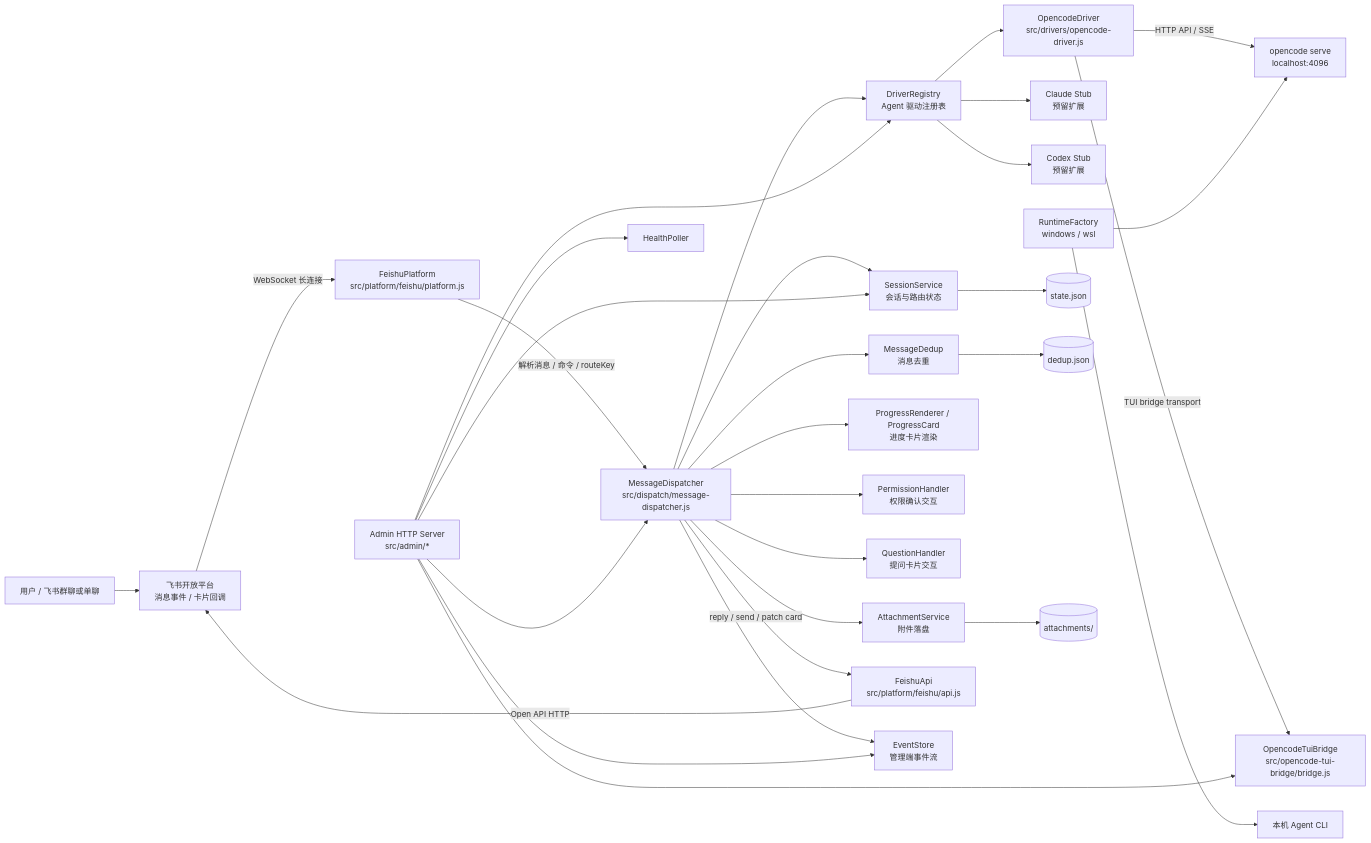
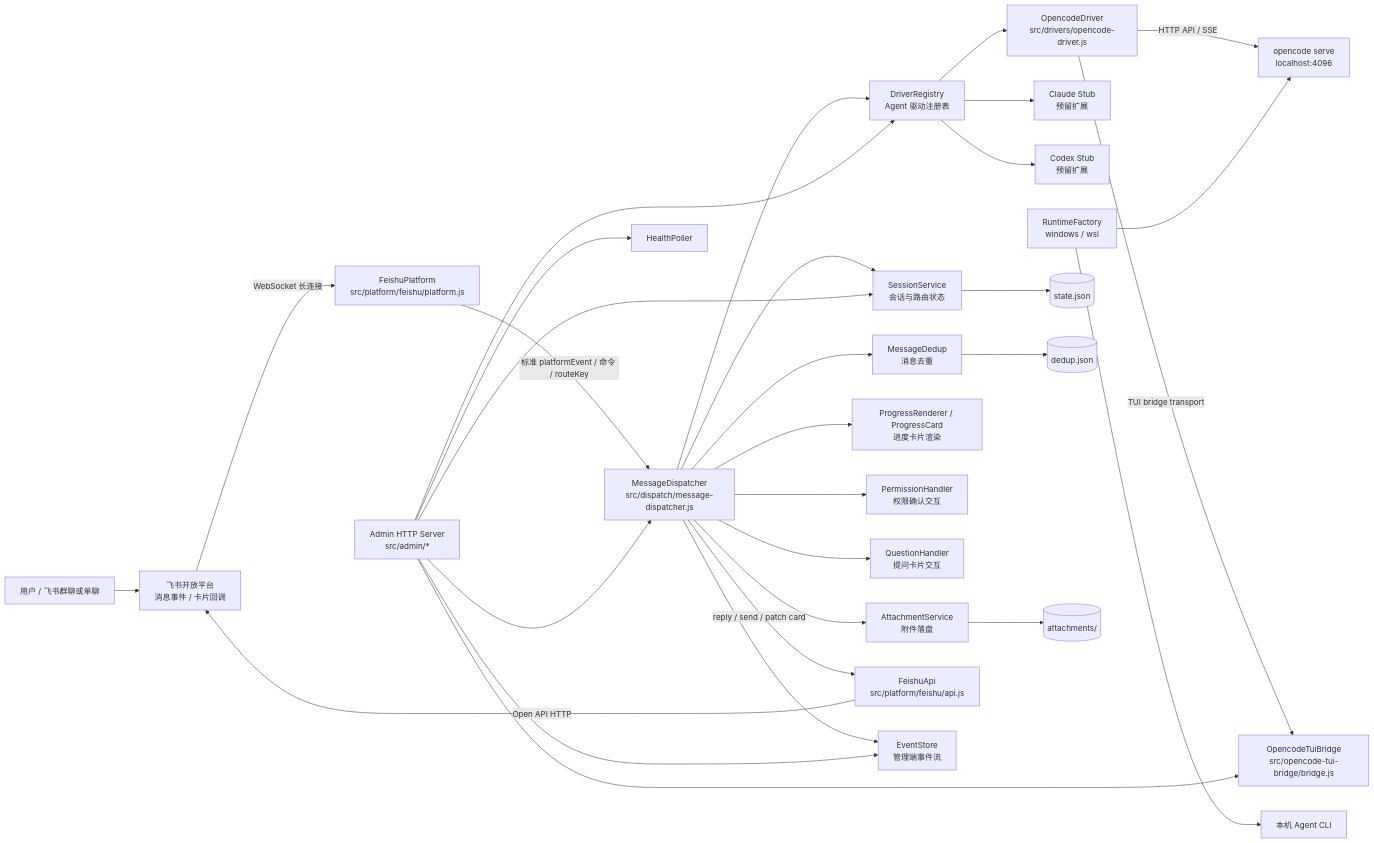
Before and after one commit to xiqin/walker: the first of 6 diagrams in README.md, drawn with Mermaid. The commit also changed other lines of this file and 129 other files, not shown here.

````diff
--- a/README.md
+++ b/README.md
@@ -240,40 +373,40 @@
 ```mermaid
 flowchart LR
   User[用户 / 飞书群聊或单聊] --> Feishu[飞书开放平台<br/>消息事件 / 卡片回调]
   Feishu -->|WebSocket 长连接| Platform[FeishuPlatform<br/>src/platform/feishu/platform.js]
 
-  Platform -->|解析消息 / 命令 / routeKey| Dispatcher[MessageDispatcher<br/>src/dispatch/message-dispatcher.js]
+  Platform -->|标准 platformEvent / 命令 / routeKey| Dispatcher[MessageDispatcher<br/>src/dispatch/message-dispatcher.js]
 
   Dispatcher --> Dedup[MessageDedup<br/>消息去重]
   Dispatcher --> Session[SessionService<br/>会话与路由状态]
   Dispatcher --> Registry[DriverRegistry<br/>Agent 驱动注册表]
   Dispatcher --> Progress[ProgressRenderer / ProgressCard<br/>进度卡片渲染]
   Dispatcher --> Permission[PermissionHandler<br/>权限确认交互]
   Dispatcher --> Question[QuestionHandler<br/>提问卡片交互]
   Dispatcher --> Attachments[AttachmentService<br/>附件落盘]
 
   Registry --> OpenCodeDriver[OpencodeDriver<br/>src/drivers/opencode-driver.js]
   Registry --> ClaudeStub[Claude Stub<br/>预留扩展]
   Registry --> CodexStub[Codex Stub<br/>预留扩展]
 
   OpenCodeDriver -->|HTTP API / SSE| OpenCodeServe[opencode serve<br/>localhost:4096]
   OpenCodeDriver -->|TUI bridge transport| TuiBridge[OpencodeTuiBridge<br/>src/opencode-tui-bridge/bridge.js]
 
   Runtime[RuntimeFactory<br/>windows / wsl] --> OpenCodeServe
   Runtime --> AgentCLI[本机 Agent CLI]
 
   Dispatcher -->|reply / send / patch card| FeishuApi[FeishuApi<br/>src/platform/feishu/api.js]
   FeishuApi -->|Open API HTTP| Feishu
 
   Session --> State[(state.json)]
   Dedup --> DedupStore[(dedup.json)]
   Attachments --> AttachmentDir[(attachments/)]
   Dispatcher --> EventStore[EventStore<br/>管理端事件流]
 
   Admin[Admin HTTP Server<br/>src/admin/*] --> Session
   Admin --> Registry
   Admin --> EventStore
   Admin --> TuiBridge
   Admin --> Dispatcher
   Admin --> Health[HealthPoller]
 ```
````
